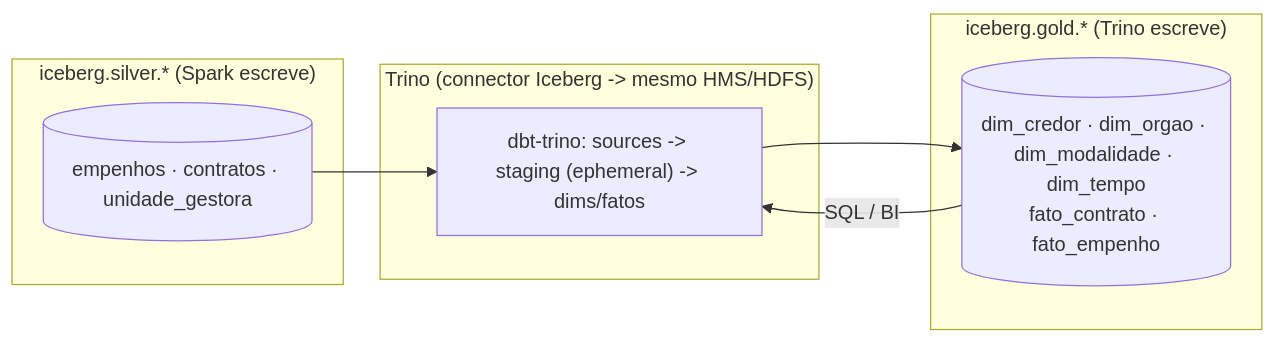
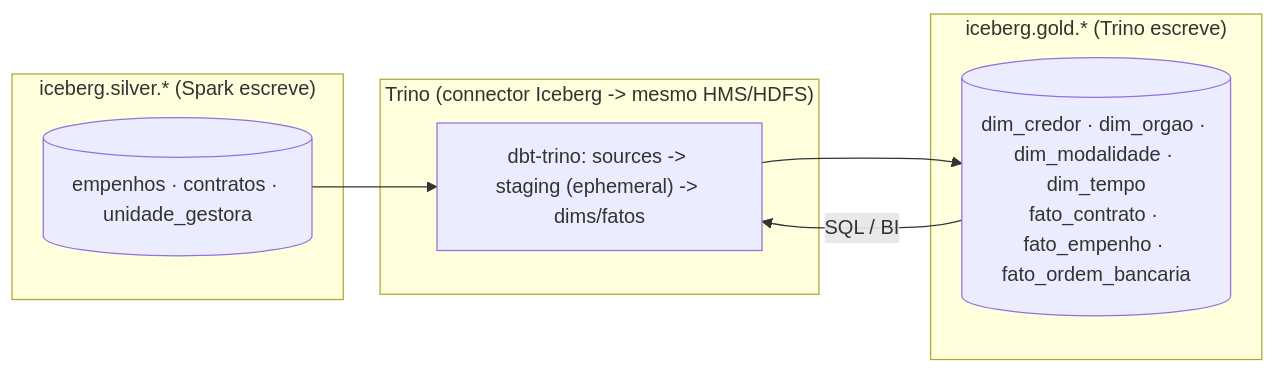
One commit to jaimejrs/data-engineering-lab-PY03 changed the diagram in documentacao/gold-dbt-trino.md. Above: the diagram before and after it, drawn with Mermaid. The commit also changed other lines of this file and 7 other files, not shown here.

````diff
--- a/documentacao/gold-dbt-trino.md
+++ b/documentacao/gold-dbt-trino.md
@@ -23,14 +24,14 @@
 ```mermaid
 flowchart LR
     subgraph Silver["iceberg.silver.* (Spark escreve)"]
         S[("empenhos · contratos · unidade_gestora")]
     end
     subgraph Trino["Trino (connector Iceberg -> mesmo HMS/HDFS)"]
         T["dbt-trino: sources -> staging (ephemeral) -> dims/fatos"]
     end
     subgraph Gold["iceberg.gold.* (Trino escreve)"]
-        G[("dim_credor · dim_orgao · dim_modalidade · dim_tempo\nfato_contrato · fato_empenho")]
+        G[("dim_credor · dim_orgao · dim_modalidade · dim_tempo\nfato_contrato · fato_empenho · fato_ordem_bancaria")]
     end
     S --> T --> G
     G -->|SQL / BI| T
 ```
````
